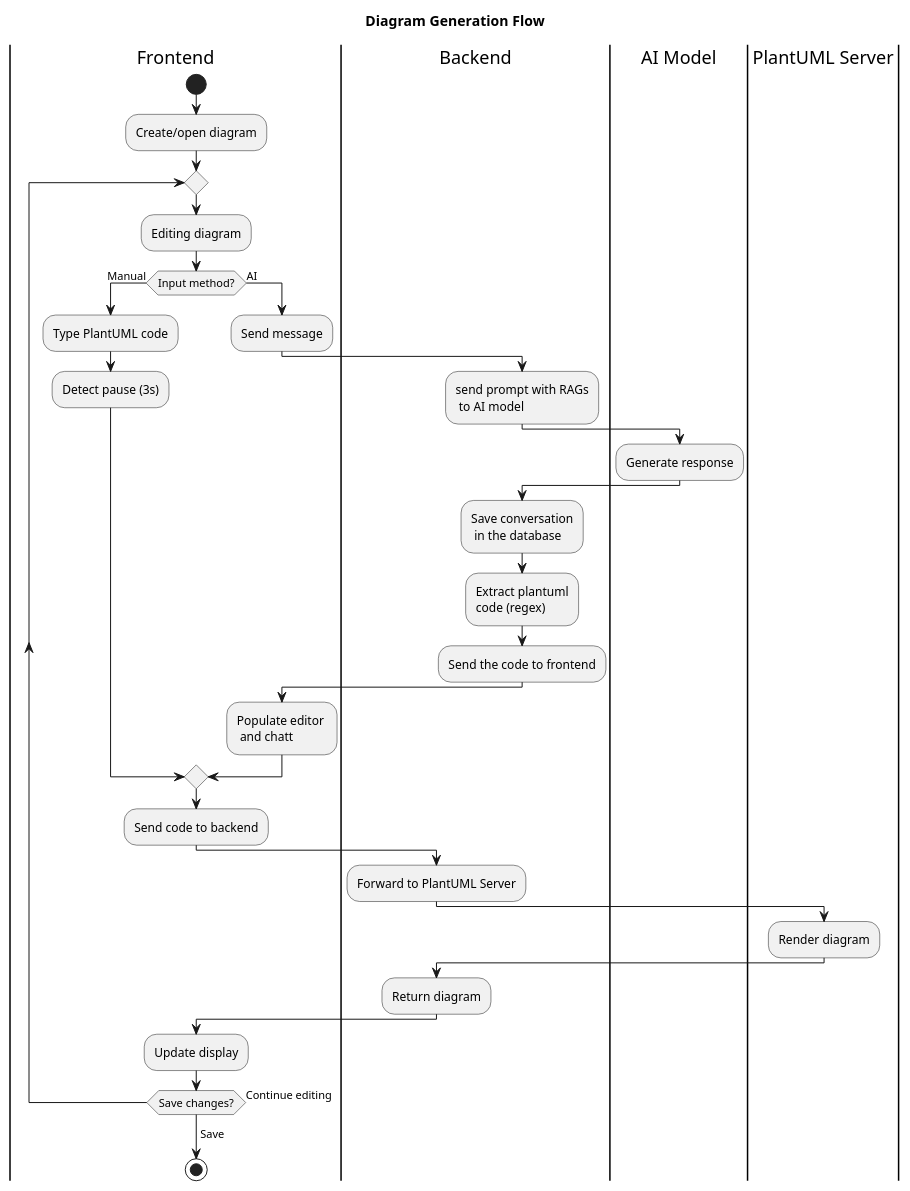
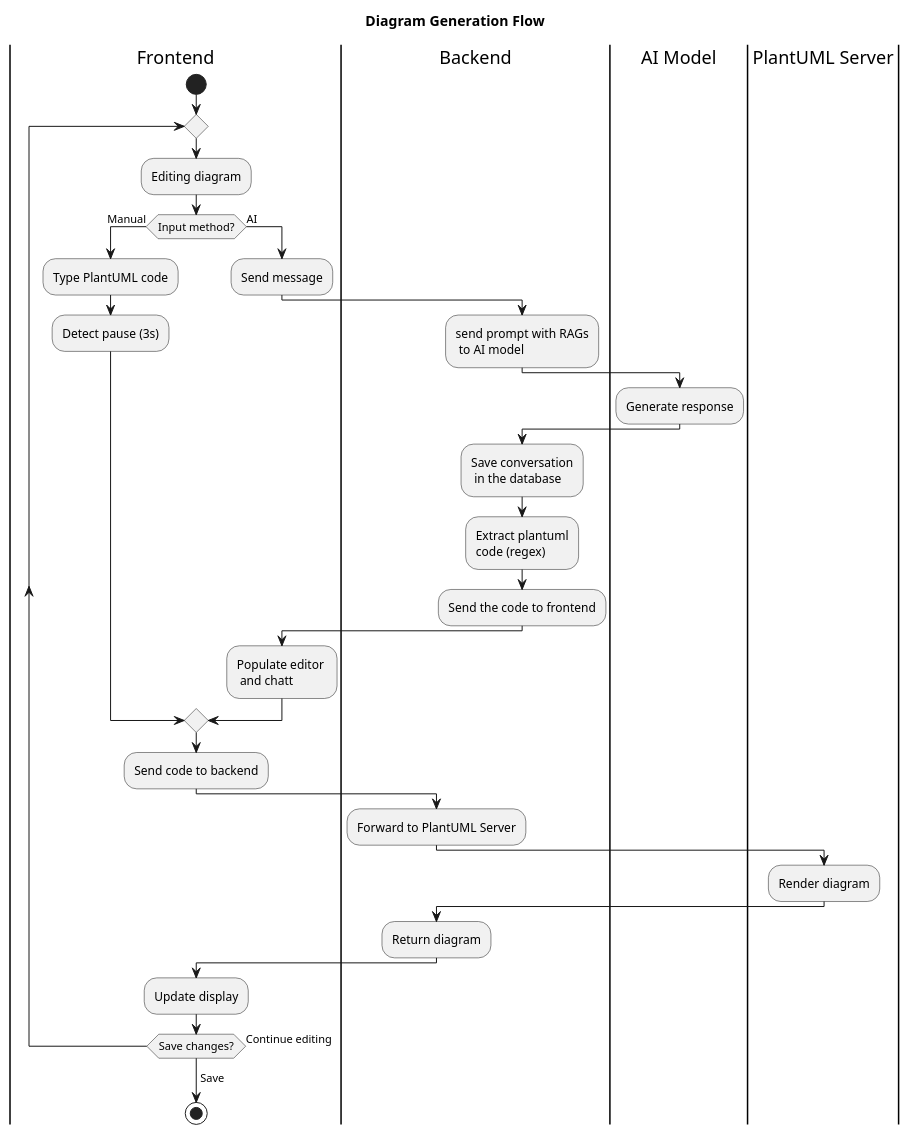
One commit to souhaib-askri/report_pfe changed the diagram in conception/SprintIV/Activity_diagrams/edit_diagams.puml. Above: the diagram before and after it, drawn with PlantUML. The commit also changed 22 other files, not shown here.

Commit message:
report: correct diagrams ,delete visitor

```diff
--- a/conception/SprintIV/Activity_diagrams/edit_diagams.puml
+++ b/conception/SprintIV/Activity_diagrams/edit_diagams.puml
@@ -1,51 +1,50 @@
 @startuml
 title Diagram Generation Flow
 
 |Frontend|
 start
-:Create/open diagram;
 
 repeat
   :Editing diagram;
   
   if (Input method?) then (Manual)
     :Type PlantUML code;
     :Detect pause (3s);
   else (AI)
     :Send message;
     
     |Backend|
     :send prompt with RAGs\n to AI model;
     
     |AI Model|
     :Generate response;
     
     |Backend|
     :Save conversation\n in the database;
     :Extract plantuml\ncode (regex);
     :Send the code to frontend;
     
     |Frontend|
     :Populate editor \n and chatt;
   endif
   
   :Send code to backend;
   
   |Backend|
   :Forward to PlantUML Server;
   
   |PlantUML Server|
   :Render diagram;
   
   |Backend|
   :Return diagram;
   
   |Frontend|
   :Update display;
   
 repeat while (Save changes?) is (Continue editing)
 -> Save;
 
 stop
 
 @enduml
```
